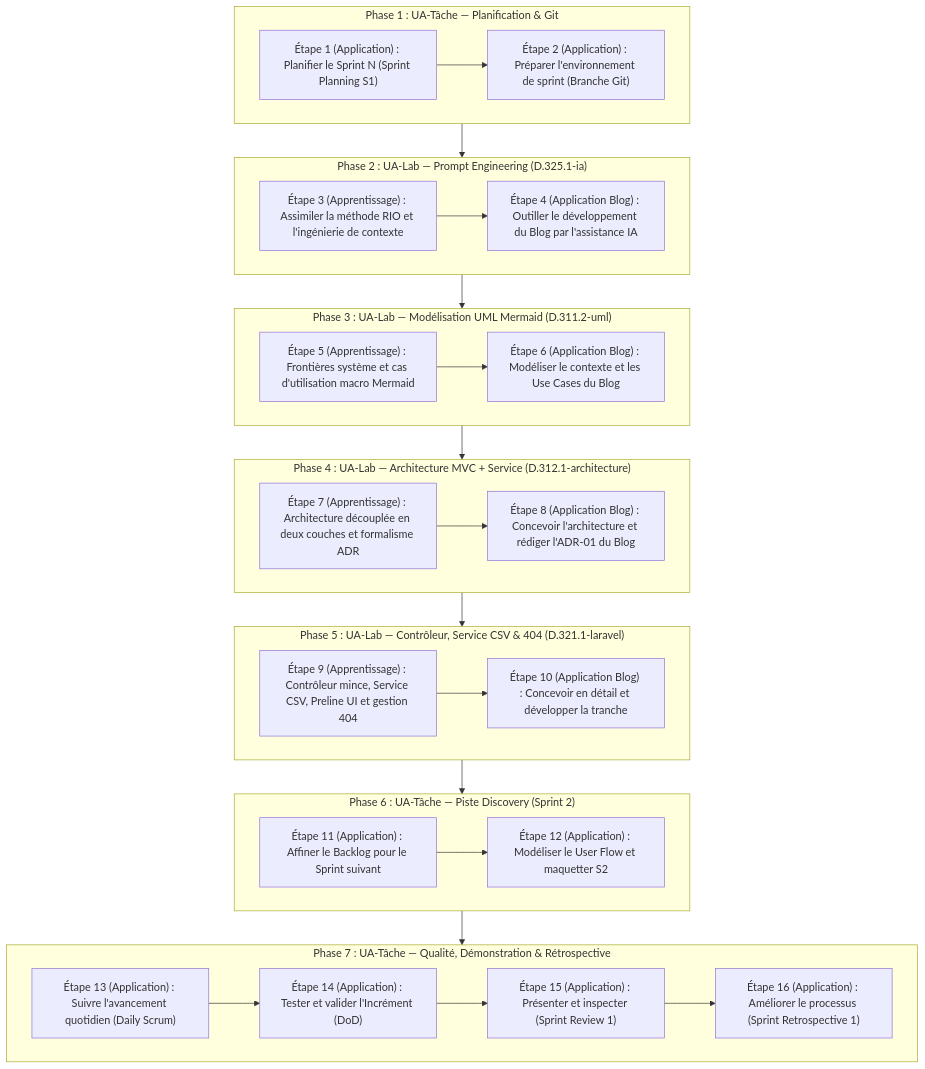
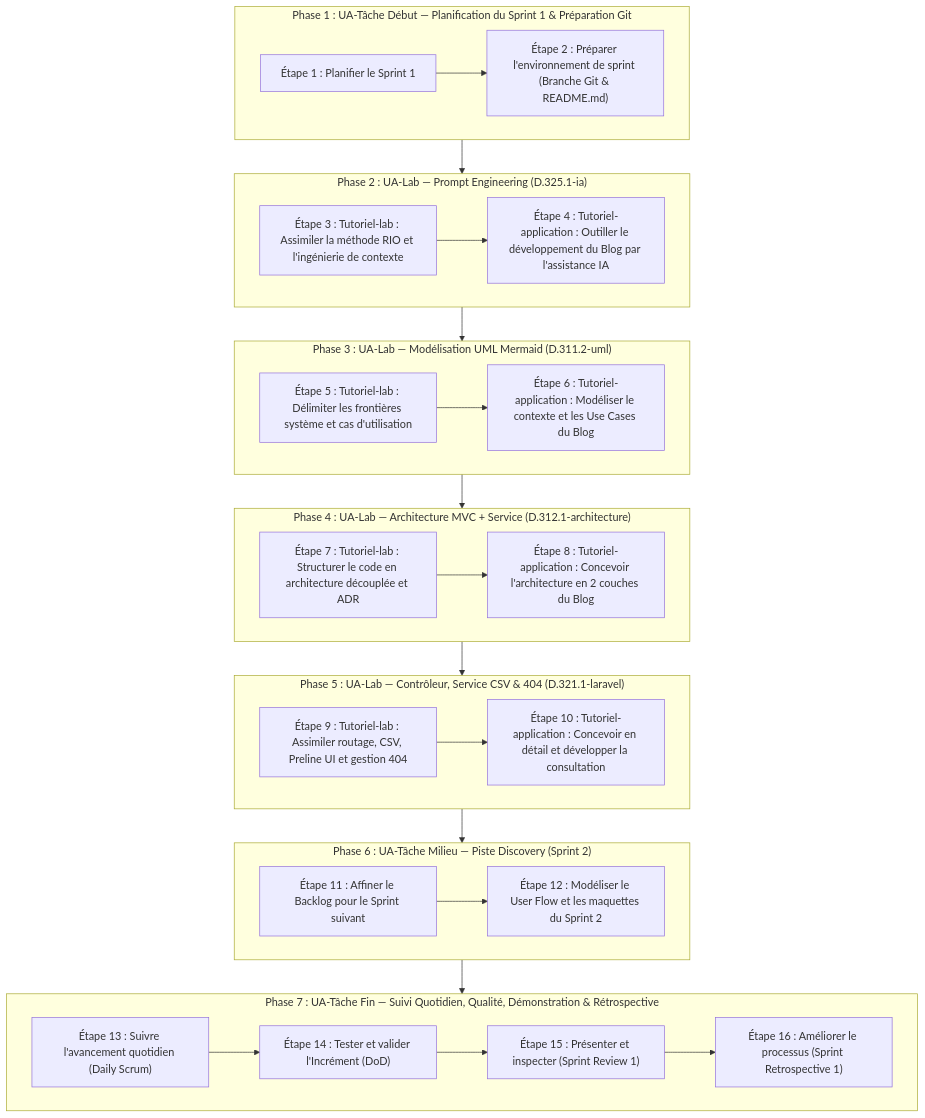
Before and after one commit to labs-web/projet-imiation-n3: the diagram in flux-travail/sessions/flux-travail-s1.md, drawn with Mermaid. The commit also changed other lines of this file and 9 other files, not shown here.

````diff
--- a/flux-travail/sessions/flux-travail-s1.md
+++ b/flux-travail/sessions/flux-travail-s1.md
@@ -45,48 +45,48 @@
 ```mermaid
 flowchart TD
-    subgraph P1 ["Phase 1 : UA-Tâche — Planification & Git"]
-        E1["Étape 1 (Application) : Planifier le Sprint N (Sprint Planning S1)"]
-        E2["Étape 2 (Application) : Préparer l'environnement de sprint (Branche Git)"]
+    subgraph P1 ["Phase 1 : UA-Tâche Début — Planification du Sprint 1 & Préparation Git"]
+        E1["Étape 1 : Planifier le Sprint 1"]
+        E2["Étape 2 : Préparer l'environnement de sprint (Branche Git & README.md)"]
         E1 --> E2
     end
 
     subgraph P2 ["Phase 2 : UA-Lab — Prompt Engineering (D.325.1-ia)"]
-        E3["Étape 3 (Apprentissage) : Assimiler la méthode RIO et l'ingénierie de contexte"]
-        E4["Étape 4 (Application Blog) : Outiller le développement du Blog par l'assistance IA"]
+        E3["Étape 3 : Tutoriel-lab : Assimiler la méthode RIO et l'ingénierie de contexte"]
+        E4["Étape 4 : Tutoriel-application : Outiller le développement du Blog par l'assistance IA"]
         E3 --> E4
     end
 
     subgraph P3 ["Phase 3 : UA-Lab — Modélisation UML Mermaid (D.311.2-uml)"]
-        E5["Étape 5 (Apprentissage) : Frontières système et cas d'utilisation macro Mermaid"]
-        E6["Étape 6 (Application Blog) : Modéliser le contexte et les Use Cases du Blog"]
+        E5["Étape 5 : Tutoriel-lab : Délimiter les frontières système et cas d'utilisation"]
+        E6["Étape 6 : Tutoriel-application : Modéliser le contexte et les Use Cases du Blog"]
         E5 --> E6
     end
 
     subgraph P4 ["Phase 4 : UA-Lab — Architecture MVC + Service (D.312.1-architecture)"]
-        E7["Étape 7 (Apprentissage) : Architecture découplée en deux couches et formalisme ADR"]
-        E8["Étape 8 (Application Blog) : Concevoir l'architecture et rédiger l'ADR-01 du Blog"]
+        E7["Étape 7 : Tutoriel-lab : Structurer le code en architecture découplée et ADR"]
+        E8["Étape 8 : Tutoriel-application : Concevoir l'architecture en 2 couches du Blog"]
         E7 --> E8
     end
 
     subgraph P5 ["Phase 5 : UA-Lab — Contrôleur, Service CSV & 404 (D.321.1-laravel)"]
-        E9["Étape 9 (Apprentissage) : Contrôleur mince, Service CSV, Preline UI et gestion 404"]
-        E10["Étape 10 (Application Blog) : Concevoir en détail et développer la tranche"]
+        E9["Étape 9 : Tutoriel-lab : Assimiler routage, CSV, Preline UI et gestion 404"]
+        E10["Étape 10 : Tutoriel-application : Concevoir en détail et développer la consultation"]
         E9 --> E10
     end
 
-    subgraph P6 ["Phase 6 : UA-Tâche — Piste Discovery (Sprint 2)"]
-        E11["Étape 11 (Application) : Affiner le Backlog pour le Sprint suivant"]
-        E12["Étape 12 (Application) : Modéliser le User Flow et maquetter S2"]
+    subgraph P6 ["Phase 6 : UA-Tâche Milieu — Piste Discovery (Sprint 2)"]
+        E11["Étape 11 : Affiner le Backlog pour le Sprint suivant"]
+        E12["Étape 12 : Modéliser le User Flow et les maquettes du Sprint 2"]
         E11 --> E12
     end
 
-    subgraph P7 ["Phase 7 : UA-Tâche — Qualité, Démonstration & Rétrospective"]
-        E13["Étape 13 (Application) : Suivre l'avancement quotidien (Daily Scrum)"]
-        E14["Étape 14 (Application) : Tester et valider l'Incrément (DoD)"]
-        E15["Étape 15 (Application) : Présenter et inspecter (Sprint Review 1)"]
-        E16["Étape 16 (Application) : Améliorer le processus (Sprint Retrospective 1)"]
+    subgraph P7 ["Phase 7 : UA-Tâche Fin — Suivi Quotidien, Qualité, Démonstration & Rétrospective"]
+        E13["Étape 13 : Suivre l'avancement quotidien (Daily Scrum)"]
+        E14["Étape 14 : Tester et valider l'Incrément (DoD)"]
+        E15["Étape 15 : Présenter et inspecter (Sprint Review 1)"]
+        E16["Étape 16 : Améliorer le processus (Sprint Retrospective 1)"]
         E13 --> E14 --> E15 --> E16
     end
 
     P1 --> P2 --> P3 --> P4 --> P5 --> P6 --> P7
 ```
````
